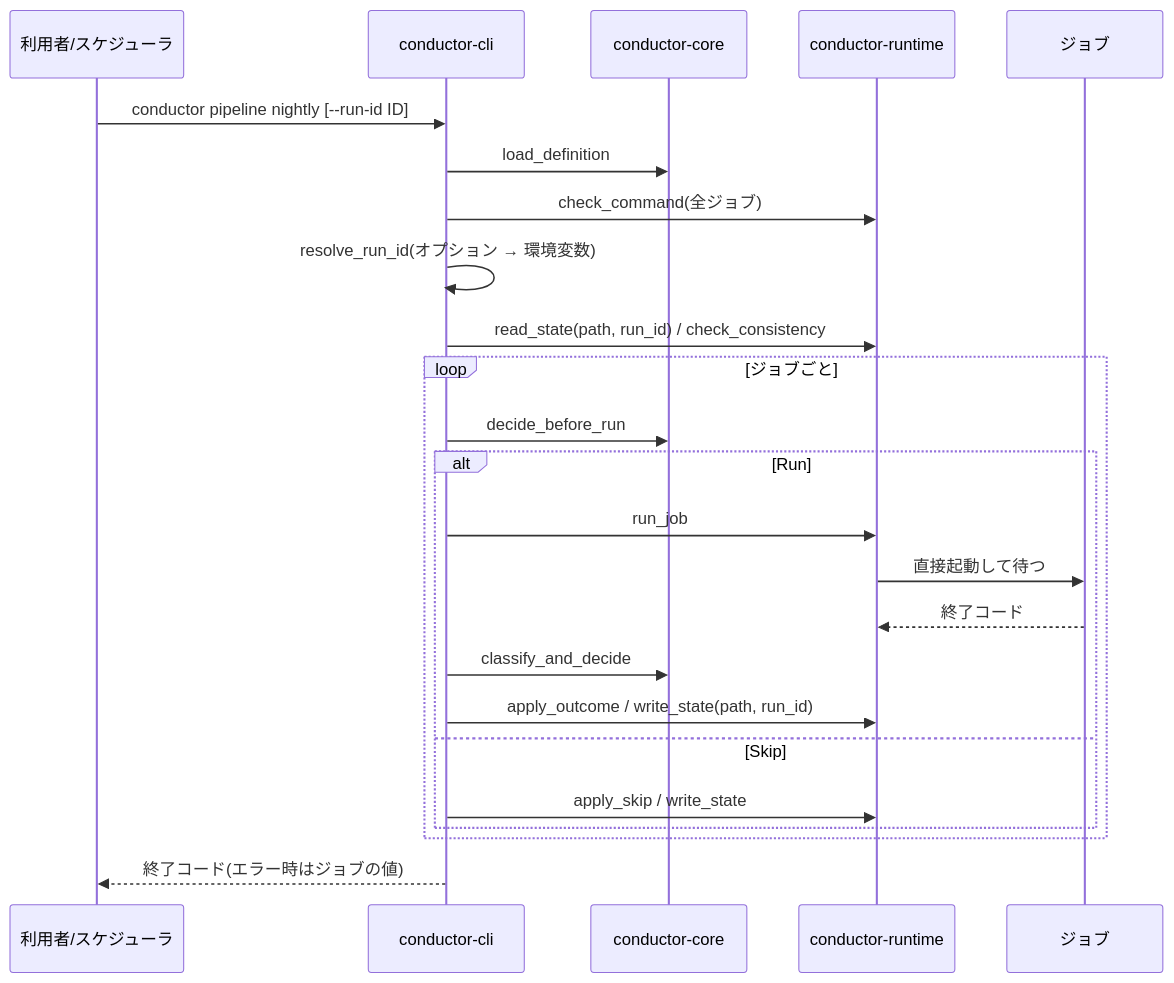
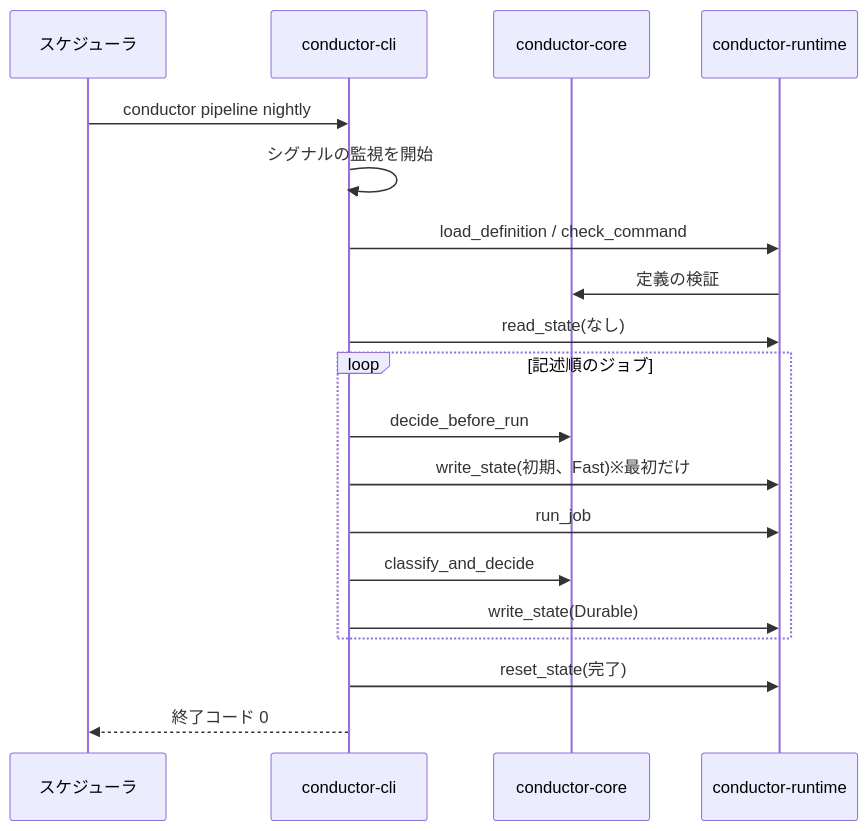
The second of 3 diagrams in aidlc/spaces/default/codekb/rust-job-conductor/architecture.md (agwlvssainokuni/rust-job-conductor), drawn with Mermaid before and after one commit. The commit also changed other lines of this file and 13 other files, not shown here.

````diff
--- a/aidlc/spaces/default/codekb/rust-job-conductor/architecture.md
+++ b/aidlc/spaces/default/codekb/rust-job-conductor/architecture.md
@@ -72,26 +54,21 @@
 ```mermaid
 sequenceDiagram
-  participant U as 利用者/スケジューラ
-  participant C as conductor-cli
-  participant K as conductor-core
-  participant R as conductor-runtime
-  participant J as ジョブ
-  U->>C: conductor pipeline nightly [--run-id ID]
-  C->>K: load_definition
-  C->>R: check_command(全ジョブ)
-  C->>C: resolve_run_id(オプション → 環境変数)
-  C->>R: read_state(path, run_id) / check_consistency
-  loop ジョブごと
-    C->>K: decide_before_run
-    alt Run
-      C->>R: run_job
-      R->>J: 直接起動して待つ
-      J-->>R: 終了コード
-      C->>K: classify_and_decide
-      C->>R: apply_outcome / write_state(path, run_id)
-    else Skip
-      C->>R: apply_skip / write_state
+    participant U as スケジューラ
+    participant C as conductor-cli
+    participant K as conductor-core
+    participant R as conductor-runtime
+    U->>C: conductor pipeline nightly
+    C->>C: シグナルの監視を開始
+    C->>R: load_definition / check_command
+    R->>K: 定義の検証
+    C->>R: read_state(なし)
+    loop 記述順のジョブ
+        C->>K: decide_before_run
+        C->>R: write_state(初期、Fast)※最初だけ
+        C->>R: run_job
+        C->>K: classify_and_decide
+        C->>R: write_state(Durable)
     end
-  end
-  C-->>U: 終了コード(エラー時はジョブの値)
+    C->>R: reset_state(完了)
+    C-->>U: 終了コード 0
 ```
````
